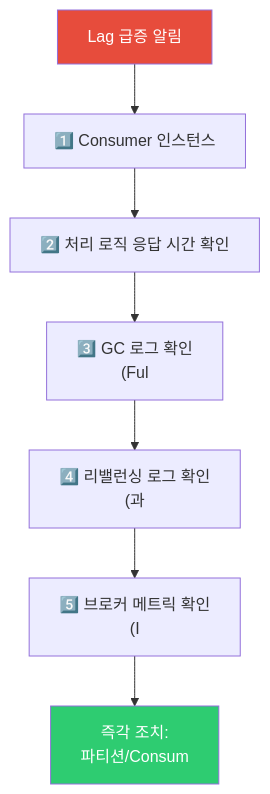
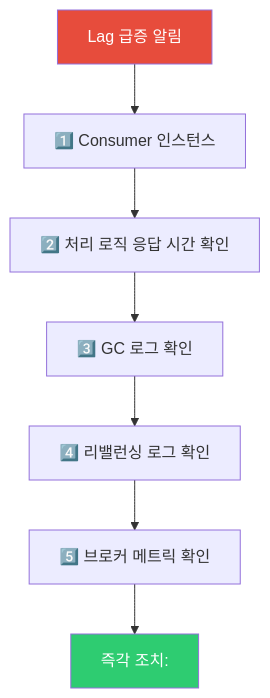
Before and after one commit to yjkim2015/yjkim2015.github.io: the seventh of 7 diagrams in _posts/kafka/2026-05-01-kafka-consumer-deep.md, drawn with Mermaid. The commit also changed other lines of this file and 217 other files, not shown here.

First line of the commit message:
Mermaid 크기 수정: useMaxWidth:true + SVG max-width:100% + 라벨 축소

````diff
--- a/_posts/kafka/2026-05-01-kafka-consumer-deep.md
+++ b/_posts/kafka/2026-05-01-kafka-consumer-deep.md
@@ -418,13 +418,13 @@
 ```mermaid
 flowchart TD
     ALERT["Lag 급증 알림"]
     S1["1️⃣ Consumer 인스턴스"]
     S2["2️⃣ 처리 로직 응답 시간 확인"]
-    S3["3️⃣ GC 로그 확인\n(Ful"]
-    S4["4️⃣ 리밸런싱 로그 확인\n(과"]
-    S5["5️⃣ 브로커 메트릭 확인\n(I"]
-    FIX["즉각 조치:\n파티션/Consum"]
+    S3["3️⃣ GC 로그 확인"]
+    S4["4️⃣ 리밸런싱 로그 확인"]
+    S5["5️⃣ 브로커 메트릭 확인"]
+    FIX["즉각 조치:"]
     ALERT --> S1 --> S2 --> S3 --> S4 --> S5 --> FIX
     style ALERT fill:#e74c3c,color:#fff
     style FIX fill:#2ecc71,color:#fff
 ```
````
